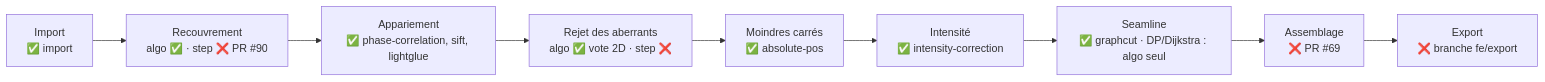
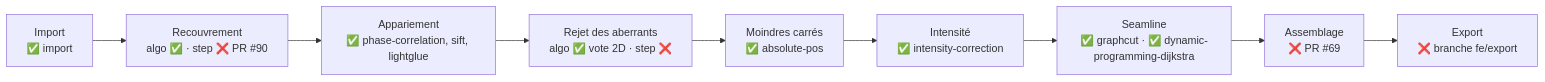
One commit to KIKIRPAProjet/KIKIRPA-CPP changed the diagram in docs/CARTE_ARCHITECTURE.md. Above: the diagram before and after it, drawn with Mermaid. The commit also changed other lines of this file and 8 other files, not shown here.

First line of the commit message:
docs: intensity-correction dans la version de #72, step dynamic-programming-dijkstra

````diff
--- a/docs/CARTE_ARCHITECTURE.md
+++ b/docs/CARTE_ARCHITECTURE.md
@@ -55,11 +55,11 @@
 ```mermaid
 flowchart LR
     I[Import<br/>✅ import] --> R[Recouvrement<br/>algo ✅ · step ❌ PR #90]
     R --> M[Appariement<br/>✅ phase-correlation, sift, lightglue]
     M --> X[Rejet des aberrants<br/>algo ✅ vote 2D · step ❌]
     X --> L[Moindres carrés<br/>✅ absolute-pos]
     L --> E[Intensité<br/>✅ intensity-correction]
-    E --> S[Seamline<br/>✅ graphcut · DP/Dijkstra : algo seul]
+    E --> S[Seamline<br/>✅ graphcut · ✅ dynamic-programming-dijkstra]
     S --> A[Assemblage<br/>❌ PR #69]
     A --> O[Export<br/>❌ branche fe/export]
 ```
````
